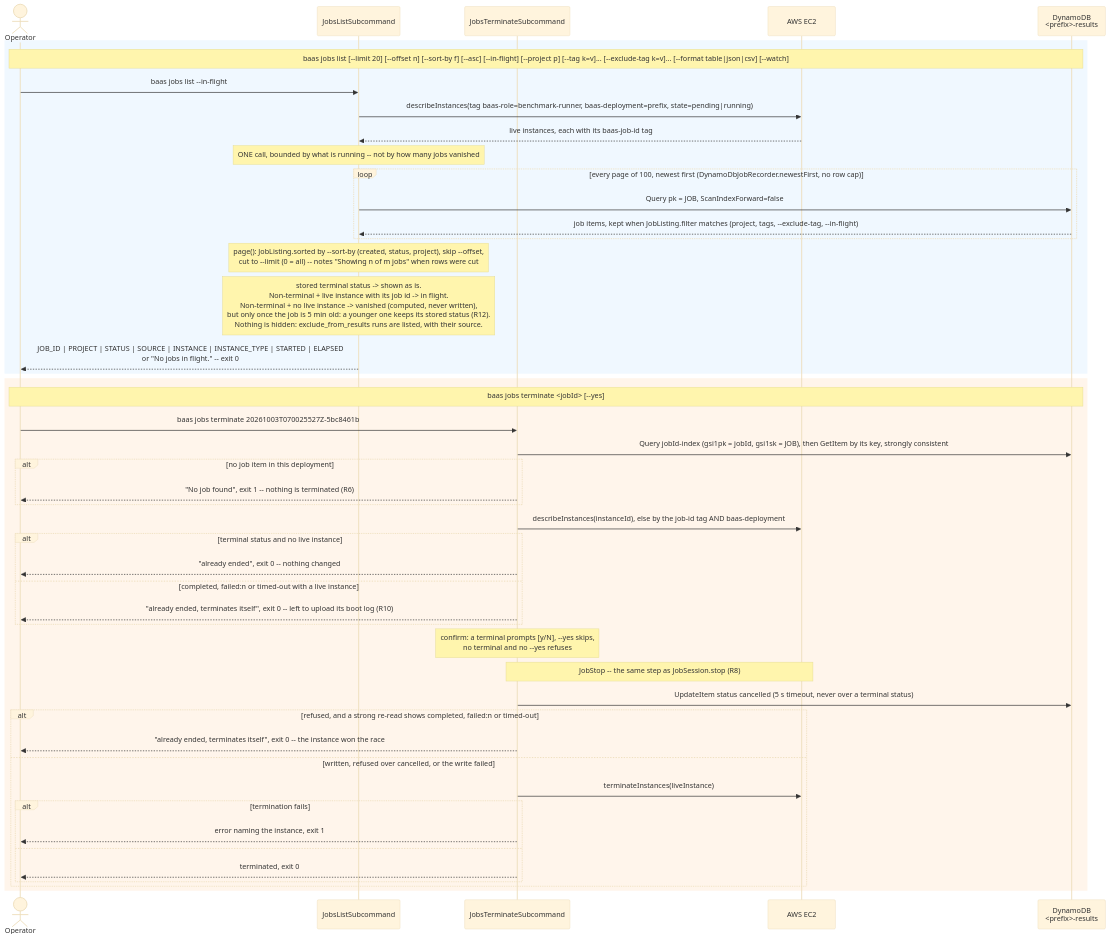
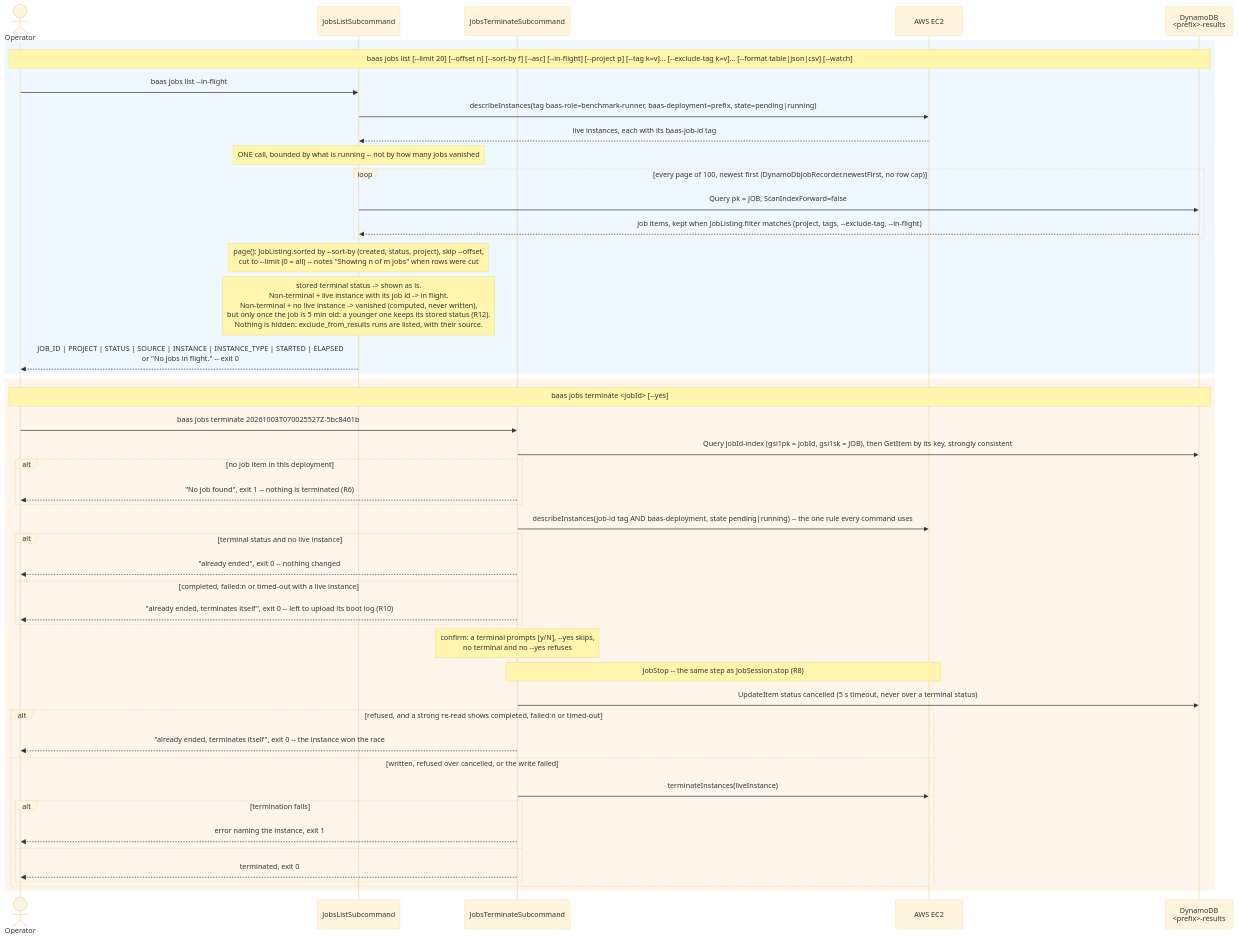
The diagram in docs/diagrams/baas-jobs.mmd (wsztajerowski/benchmark-as-a-service), drawn with Mermaid (base theme) before and after one commit. The commit also changed 2 other files, not shown here.

Commit message:
docs: close B13 and draw terminate's tag lookup
Claude-Session: https://claude.ai/code/session_012qwSKjVyV4sMkZroYKGFwS

```diff
--- a/docs/diagrams/baas-jobs.mmd
+++ b/docs/diagrams/baas-jobs.mmd
@@ -1,49 +1,49 @@
 sequenceDiagram
     actor User as Operator
     participant RL as JobsListSubcommand
     participant RT as JobsTerminateSubcommand
     participant EC2 as AWS EC2
     participant DDB as DynamoDB<br/><prefix>-results
 
     rect rgb(240, 248, 255)
         Note over User,DDB: baas jobs list [--limit 20] [--offset n] [--sort-by f] [--asc] [--in-flight] [--project p] [--tag k=v]... [--exclude-tag k=v]... [--format table|json|csv] [--watch]
         User->>RL: baas jobs list --in-flight
         RL->>EC2: describeInstances(tag baas-role=benchmark-runner, baas-deployment=prefix, state=pending|running)
         EC2-->>RL: live instances, each with its baas-job-id tag
         Note over RL: ONE call, bounded by what is running -- not by how many jobs vanished
         loop every page of 100, newest first (DynamoDbJobRecorder.newestFirst, no row cap)
             RL->>DDB: Query pk = JOB, ScanIndexForward=false
             DDB-->>RL: job items, kept when JobListing.filter matches (project, tags, --exclude-tag, --in-flight)
         end
         Note over RL: page(): JobListing.sorted by --sort-by (created, status, project), skip --offset,<br/>cut to --limit (0 = all) -- notes "Showing n of m jobs" when rows were cut
         Note over RL: stored terminal status -> shown as is.<br/>Non-terminal + live instance with its job id -> in flight.<br/>Non-terminal + no live instance -> vanished (computed, never written),<br/>but only once the job is 5 min old: a younger one keeps its stored status (R12).<br/>Nothing is hidden: exclude_from_results runs are listed, with their source.
         RL-->>User: JOB_ID | PROJECT | STATUS | SOURCE | INSTANCE | INSTANCE_TYPE | STARTED | ELAPSED<br/>or "No jobs in flight." -- exit 0
     end
 
     rect rgb(255, 245, 235)
         Note over User,DDB: baas jobs terminate <jobId> [--yes]
         User->>RT: baas jobs terminate 20261003T070025527Z-5bc8461b
         RT->>DDB: Query jobId-index (gsi1pk = jobId, gsi1sk = JOB), then GetItem by its key, strongly consistent
         alt no job item in this deployment
             RT-->>User: "No job found", exit 1 -- nothing is terminated (R6)
         end
-        RT->>EC2: describeInstances(instanceId), else by the job-id tag AND baas-deployment
+        RT->>EC2: describeInstances(job-id tag AND baas-deployment, state pending|running) -- the one rule every command uses
         alt terminal status and no live instance
             RT-->>User: "already ended", exit 0 -- nothing changed
         else completed, failed:n or timed-out with a live instance
             RT-->>User: "already ended, terminates itself", exit 0 -- left to upload its boot log (R10)
         end
         Note over RT: confirm: a terminal prompts [y/N], --yes skips,<br/>no terminal and no --yes refuses
         Note over RT,EC2: JobStop -- the same step as JobSession.stop (R8)
         RT->>DDB: UpdateItem status cancelled (5 s timeout, never over a terminal status)
         alt refused, and a strong re-read shows completed, failed:n or timed-out
             RT-->>User: "already ended, terminates itself", exit 0 -- the instance won the race
         else written, refused over cancelled, or the write failed
             RT->>EC2: terminateInstances(liveInstance)
             alt termination fails
                 RT-->>User: error naming the instance, exit 1
             else
                 RT-->>User: terminated, exit 0
             end
         end
     end
```
